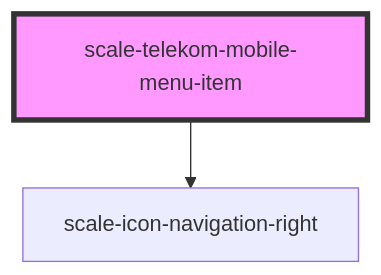
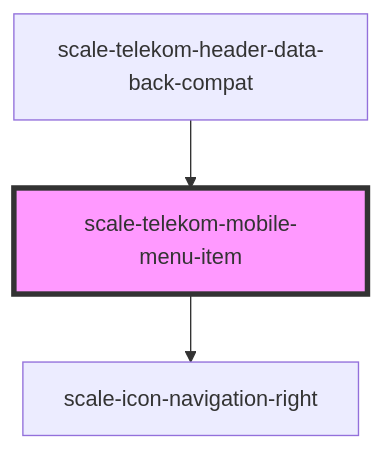
Before and after one commit to telekom/scale: the diagram in packages/components/src/components/telekom/telekom-mobile-menu-item/readme.md, drawn with Mermaid. The commit also changed other lines of this file and 18 other files, not shown here.

Commit message:
feat(telekom-header): backward compatible data API

````diff
--- a/packages/components/src/components/telekom/telekom-mobile-menu-item/readme.md
+++ b/packages/components/src/components/telekom/telekom-mobile-menu-item/readme.md
@@ -41,5 +45,6 @@
 ```mermaid
 graph TD;
   scale-telekom-mobile-menu-item --> scale-icon-navigation-right
+  scale-telekom-header-data-back-compat --> scale-telekom-mobile-menu-item
   style scale-telekom-mobile-menu-item fill:#f9f,stroke:#333,stroke-width:4px
 ```
````
